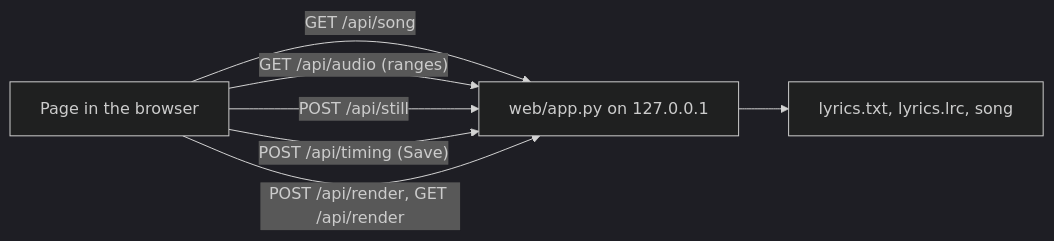
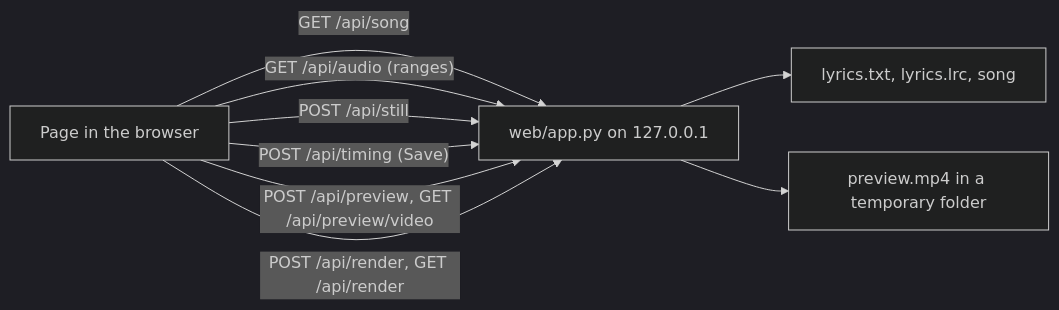
The third of 3 diagrams in docs/en/ARCHITECTURE.md (musica-sanare/lyrics-video-app), drawn with Mermaid (dark theme) before and after one commit. The commit also changed other lines of this file and 16 other files, not shown here.

First line of the commit message:
feat: preview the video on the sync page

````diff
--- a/docs/en/ARCHITECTURE.md
+++ b/docs/en/ARCHITECTURE.md
@@ -108,12 +108,14 @@
 ```mermaid
 flowchart LR
   page["Page in the browser"]
   server["web/app.py on 127.0.0.1"]
   files["lyrics.txt, lyrics.lrc, song"]
   page -->|"GET /api/song"| server
   page -->|"GET /api/audio (ranges)"| server
   page -->|"POST /api/still"| server
   page -->|"POST /api/timing (Save)"| server
+  page -->|"POST /api/preview, GET /api/preview/video"| server
   page -->|"POST /api/render, GET /api/render"| server
   server --> files
+  server --> temp["preview.mp4 in a temporary folder"]
 ```
````
